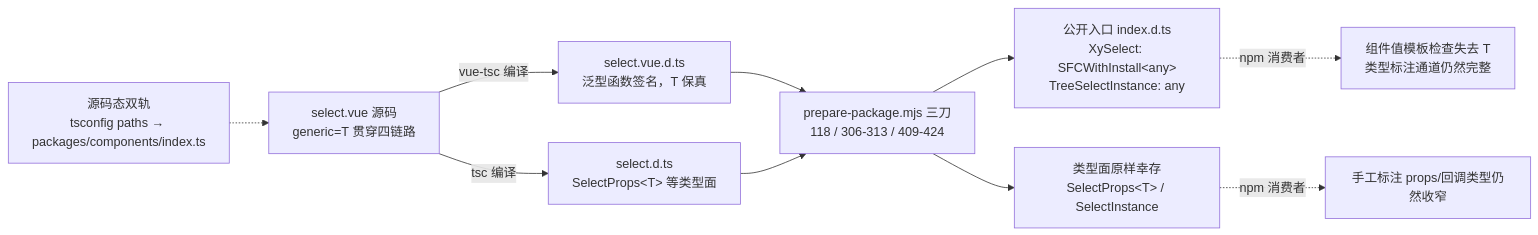
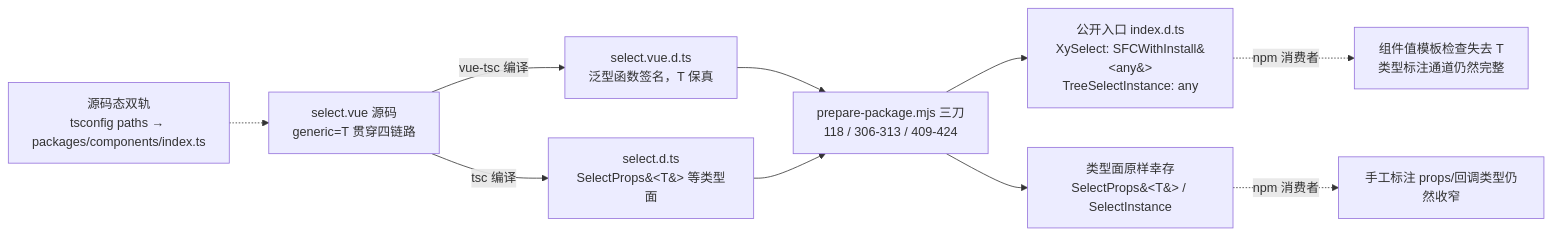
One commit to zhangzhengyang27/tech-codex changed the third of 3 diagrams in docs/14-组件库专栏/4-组件通用架构/4-10-泛型组件全链路-以select为样本.md. Above: the diagram before and after it, drawn with Mermaid. The commit also changed other lines of this file and 195 other files, not shown here.

````diff
--- a/docs/14-组件库专栏/4-组件通用架构/4-10-泛型组件全链路-以select为样本.md
+++ b/docs/14-组件库专栏/4-组件通用架构/4-10-泛型组件全链路-以select为样本.md
@@ -731,12 +731,12 @@
 ```mermaid
 flowchart LR
     A["select.vue 源码<br/>generic=T 贯穿四链路"] -->|"vue-tsc 编译"| B["select.vue.d.ts<br/>泛型函数签名，T 保真"]
-    A -->|"tsc 编译"| C["select.d.ts<br/>SelectProps&lt;T&gt; 等类型面"]
+    A -->|"tsc 编译"| C["select.d.ts<br/>SelectProps&#60;T&#62; 等类型面"]
     B --> D["prepare-package.mjs 三刀<br/>118 / 306-313 / 409-424"]
     C --> D
-    D --> E["公开入口 index.d.ts<br/>XySelect: SFCWithInstall&lt;any&gt;<br/>TreeSelectInstance: any"]
-    D --> F["类型面原样幸存<br/>SelectProps&lt;T&gt; / SelectInstance"]
+    D --> E["公开入口 index.d.ts<br/>XySelect: SFCWithInstall&#60;any&#62;<br/>TreeSelectInstance: any"]
+    D --> F["类型面原样幸存<br/>SelectProps&#60;T&#62; / SelectInstance"]
     G["源码态双轨<br/>tsconfig paths → packages/components/index.ts"] -.-> A
     E -.->|"npm 消费者"| H["组件值模板检查失去 T<br/>类型标注通道仍然完整"]
     F -.->|"npm 消费者"| I["手工标注 props/回调类型仍然收窄"]
 ```
````
